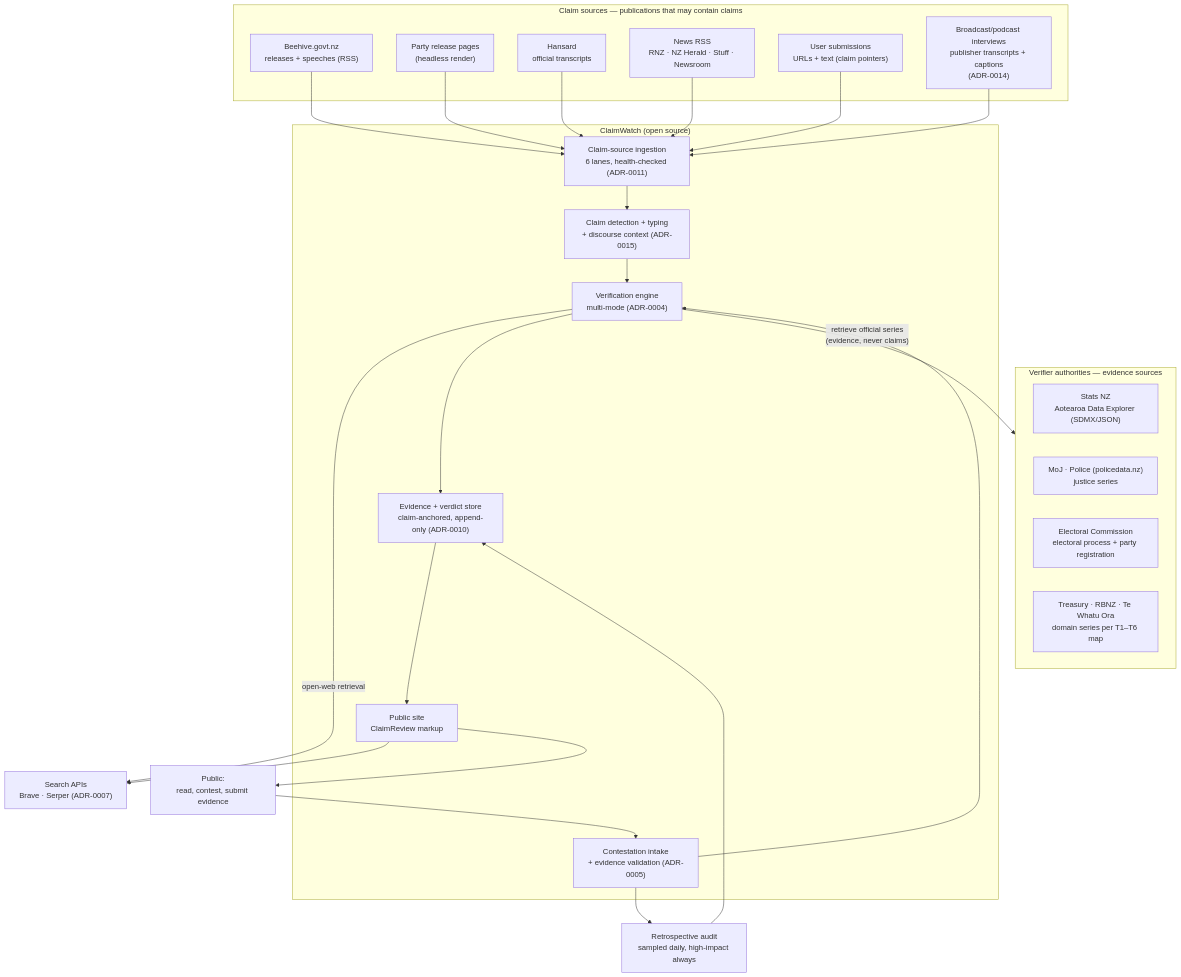
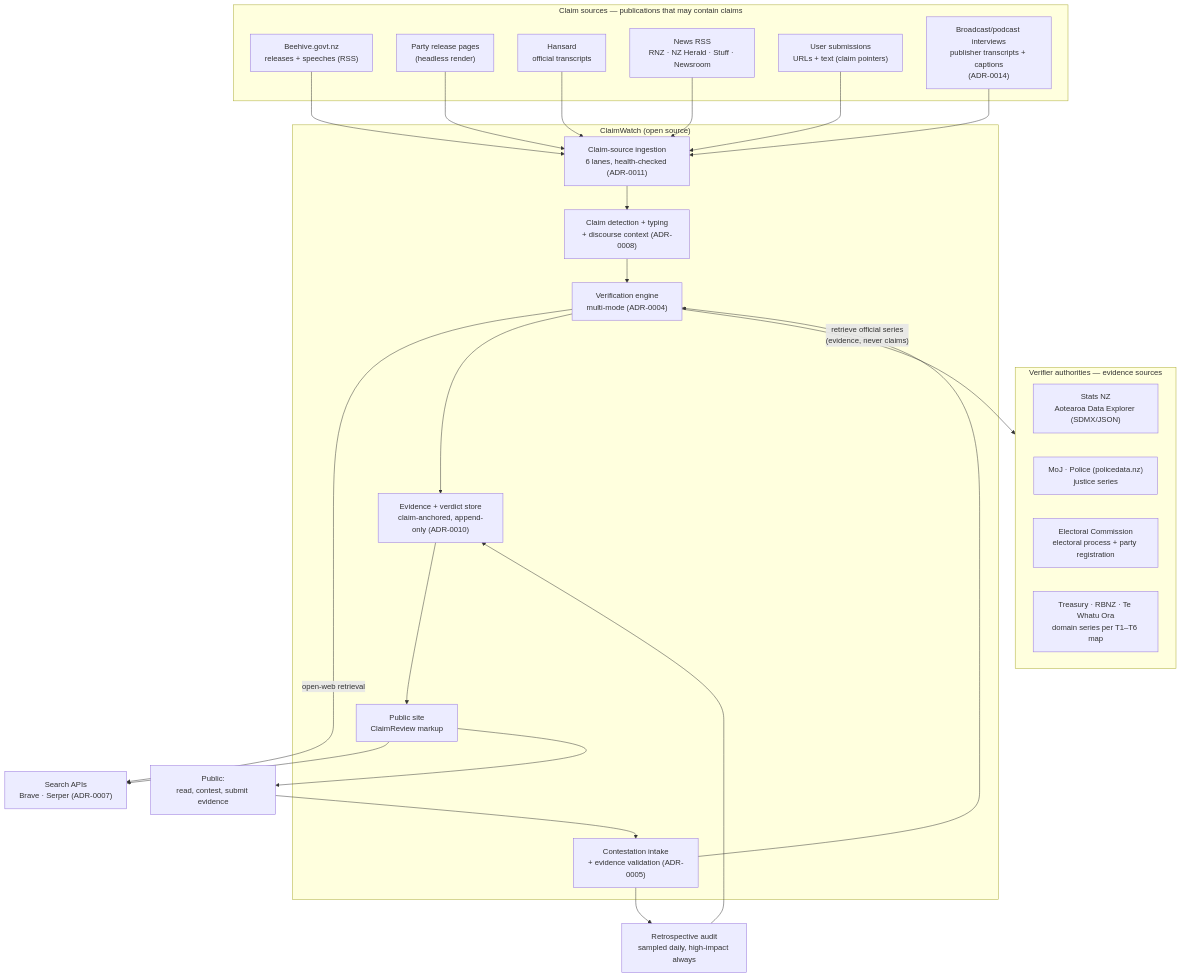
Before and after one commit to bradleyscott/claimwatch-nz: the diagram in docs/diagrams/system-context.mmd, drawn with Mermaid. The commit also changed 29 other files, not shown here.

```diff
--- a/docs/diagrams/system-context.mmd
+++ b/docs/diagrams/system-context.mmd
@@ -1,48 +1,48 @@
 flowchart TB
     subgraph CLAIM_SOURCES["Claim sources — publications that may contain claims"]
         BEEHIVE["Beehive.govt.nz<br/>releases + speeches (RSS)"]
         PARTIES["Party release pages<br/>(headless render)"]
         HANSARD["Hansard<br/>official transcripts"]
         NEWS["News RSS<br/>RNZ · NZ Herald · Stuff · Newsroom"]
         SUBMIT["User submissions<br/>URLs + text (claim pointers)"]
         BCAST["Broadcast/podcast interviews<br/>publisher transcripts + captions<br/>(ADR-0014)"]
     end
 
     subgraph AUTHORITIES["Verifier authorities — evidence sources"]
         STATS["Stats NZ<br/>Aotearoa Data Explorer (SDMX/JSON)"]
         MOJ["MoJ · Police (policedata.nz)<br/>justice series"]
         ELECTORAL["Electoral Commission<br/>electoral process + party registration"]
         OTHER["Treasury · RBNZ · Te Whatu Ora<br/>domain series per T1–T6 map"]
     end
 
     subgraph CW["ClaimWatch (open source)"]
         INGEST["Claim-source ingestion<br/>6 lanes, health-checked (ADR-0011)"]
-        TRIAGE["Claim detection + typing<br/>+ discourse context (ADR-0015)"]
+        TRIAGE["Claim detection + typing<br/>+ discourse context (ADR-0008)"]
         VERIFY["Verification engine<br/>multi-mode (ADR-0004)"]
         STORE["Evidence + verdict store<br/>claim-anchored, append-only (ADR-0010)"]
         SITE["Public site<br/>ClaimReview markup"]
         CONTEST["Contestation intake<br/>+ evidence validation (ADR-0005)"]
     end
 
     PUBLIC["Public:<br/>read, contest, submit evidence"]
     SEARCH["Search APIs<br/>Brave · Serper (ADR-0007)"]
     AUDIT["Retrospective audit<br/>sampled daily, high-impact always"]
 
     BEEHIVE --> INGEST
     PARTIES --> INGEST
     HANSARD --> INGEST
     NEWS --> INGEST
     SUBMIT --> INGEST
     BCAST --> INGEST
     INGEST --> TRIAGE
     TRIAGE --> VERIFY
     VERIFY -- "retrieve official series<br/>(evidence, never claims)" --> AUTHORITIES
     VERIFY -- "open-web retrieval" --> SEARCH
     VERIFY --> STORE
     STORE --> SITE
     SITE --> SEARCH
     SITE --> PUBLIC
     PUBLIC --> CONTEST
     CONTEST --> VERIFY
     CONTEST --> AUDIT
     AUDIT --> STORE
```
